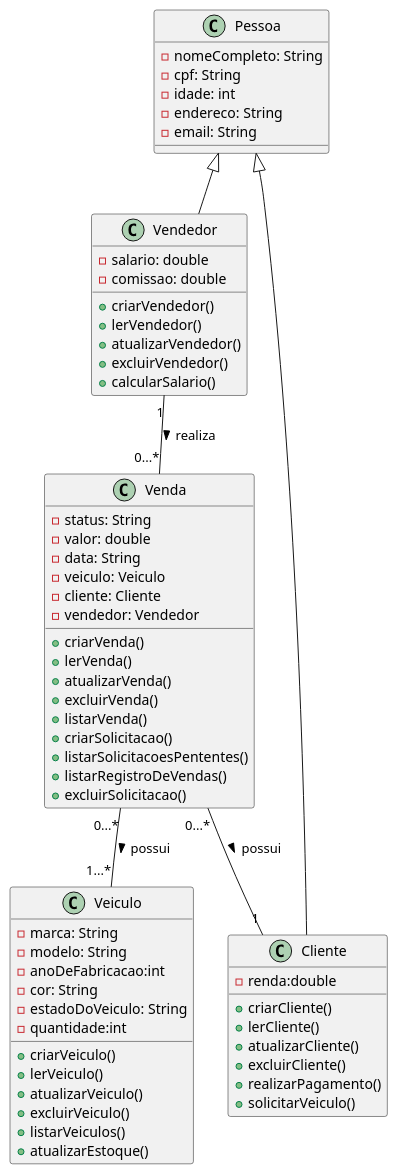
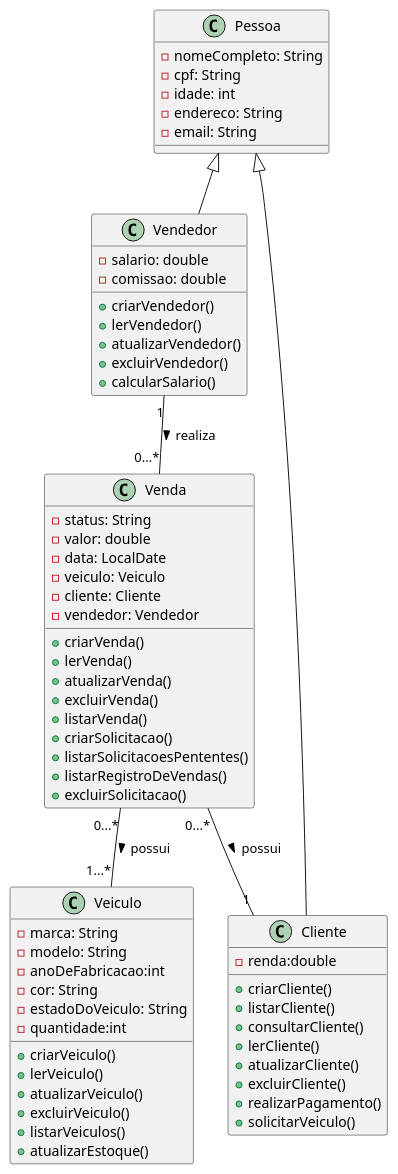
The diagram in DIAGRAMA/ProjetoPOO.iuml (Moisesl2/Projeto-Concessionaria), drawn with PlantUML before and after one commit. The commit also changed 1 other file, not shown here.

```diff
--- a/DIAGRAMA/ProjetoPOO.iuml
+++ b/DIAGRAMA/ProjetoPOO.iuml
@@ -1,68 +1,70 @@
 @startuml "Concessionária"
 
 class Pessoa{
     -nomeCompleto: String
     -cpf: String
     -idade: int
     -endereco: String
     -email: String
 }
 
 class Vendedor{
     -salario: double
     -comissao: double
     +criarVendedor()
     +lerVendedor()
     +atualizarVendedor()
     +excluirVendedor()
     +calcularSalario()
 }
 class Cliente{
     -renda:double
     +criarCliente()
+    +listarCliente()
+    +consultarCliente()
     +lerCliente()
     +atualizarCliente()
     +excluirCliente()
     +realizarPagamento()
     +solicitarVeiculo()
 }
 
 class Veiculo{
     -marca: String 
     -modelo: String
     -anoDeFabricacao:int 
     -cor: String 
     -estadoDoVeiculo: String
     -quantidade:int
     +criarVeiculo()
     +lerVeiculo()
     +atualizarVeiculo()
     +excluirVeiculo()
     +listarVeiculos()
     +atualizarEstoque()
 }
 class Venda{
     -status: String
     -valor: double 
-    -data: String
+    -data: LocalDate
     -veiculo: Veiculo
     -cliente: Cliente
     -vendedor: Vendedor
     +criarVenda()
     +lerVenda()
     +atualizarVenda()
     +excluirVenda()
     +listarVenda()
     +criarSolicitacao() 
     +listarSolicitacoesPententes()
     +listarRegistroDeVendas()
     +excluirSolicitacao()
 }
 Pessoa <|-- Vendedor
 Pessoa <|-- Cliente 
 
 Vendedor "1"--"0...*" Venda: realiza >
 Venda "0...*" -- "1...*" Veiculo: possui >
 Venda "0...*" -- "1" Cliente: possui >
 
 @enduml
```
